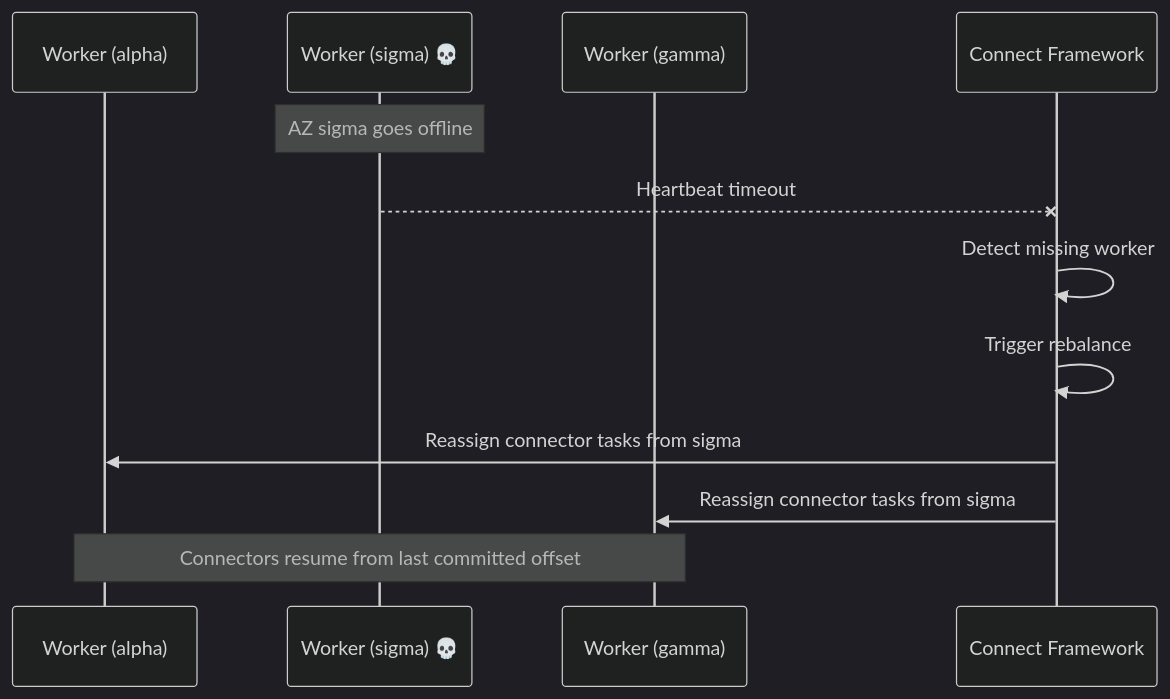
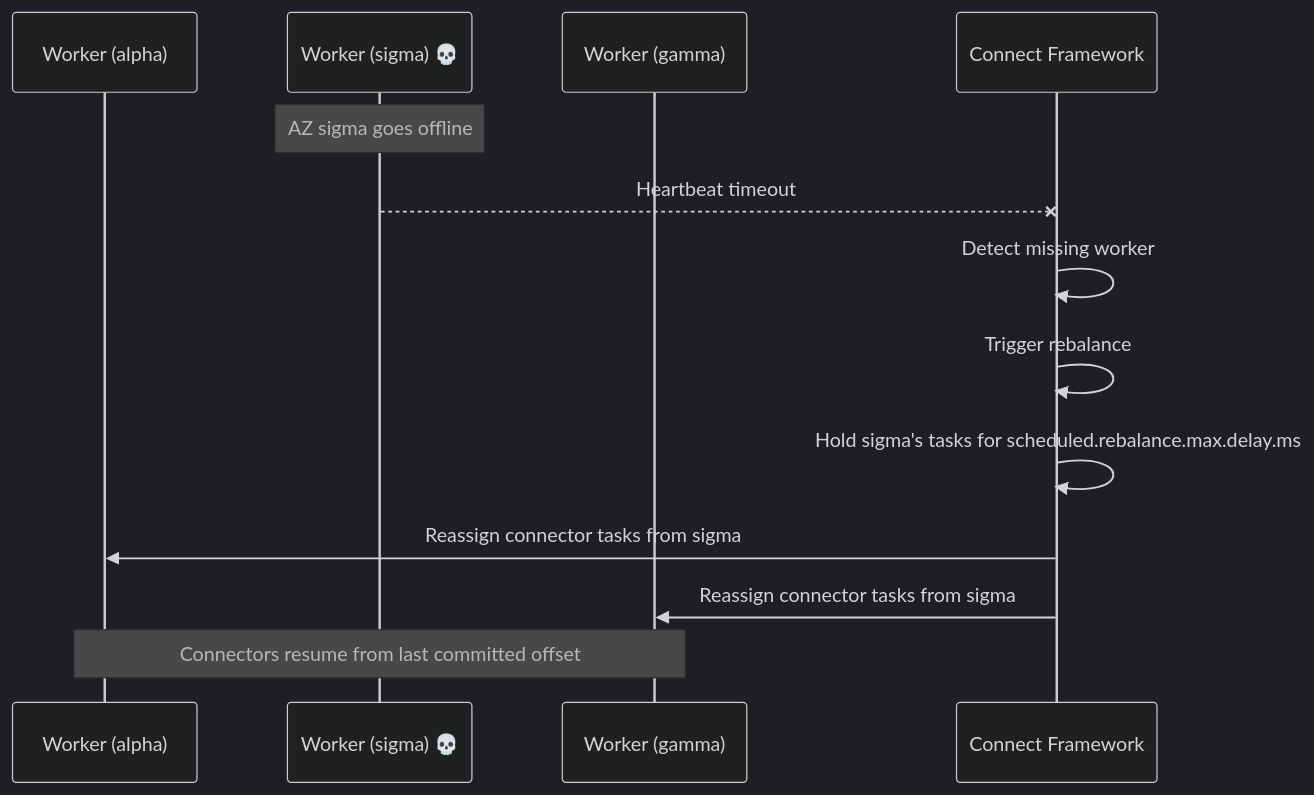
Before and after one commit to actions-marketplace-validations/bmscomp_kates: the second of 5 diagrams in docs/book/operating-kafka-connect.md, drawn with Mermaid (dark theme). The commit also changed other lines of this file and 9 other files, not shown here.

````diff
--- a/docs/book/operating-kafka-connect.md
+++ b/docs/book/operating-kafka-connect.md
@@ -60,18 +60,19 @@
 ```mermaid
 %%| label: fig-okc-az-failure
-%%| fig-cap: "When zone sigma goes offline, the framework moves its tasks to the workers that remain."
-%%| fig-alt: "Sequence diagram. The worker in zone sigma stops sending heartbeats; the Connect framework detects the missing worker, triggers a rebalance and reassigns sigma's tasks to the workers in alpha and gamma, which resume from the last committed offset."
+%%| fig-cap: "When zone sigma goes offline, the framework holds its tasks for the rebalance delay, then moves them to the workers that remain."
+%%| fig-alt: "Sequence diagram. The worker in zone sigma stops sending heartbeats; the Connect framework detects the missing worker, triggers a rebalance, holds sigma's tasks unassigned until scheduled.rebalance.max.delay.ms runs out, and then reassigns them to the workers in alpha and gamma, which resume from the last committed offset."
 sequenceDiagram
     participant AZ_A as Worker (alpha)
     participant AZ_S as Worker (sigma) 💀
     participant AZ_G as Worker (gamma)
     participant KC as Connect Framework
 
     Note over AZ_S: AZ sigma goes offline
     AZ_S--xKC: Heartbeat timeout
     KC->>KC: Detect missing worker
     KC->>KC: Trigger rebalance
+    KC->>KC: Hold sigma's tasks for scheduled.rebalance.max.delay.ms
     KC->>AZ_A: Reassign connector tasks from sigma
     KC->>AZ_G: Reassign connector tasks from sigma
     Note over AZ_A,AZ_G: Connectors resume from last committed offset
 ```
````
